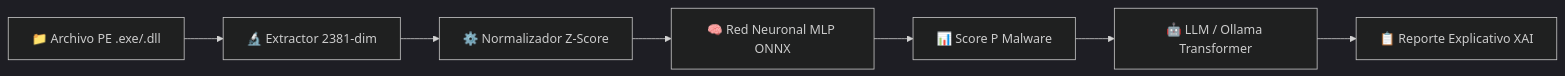
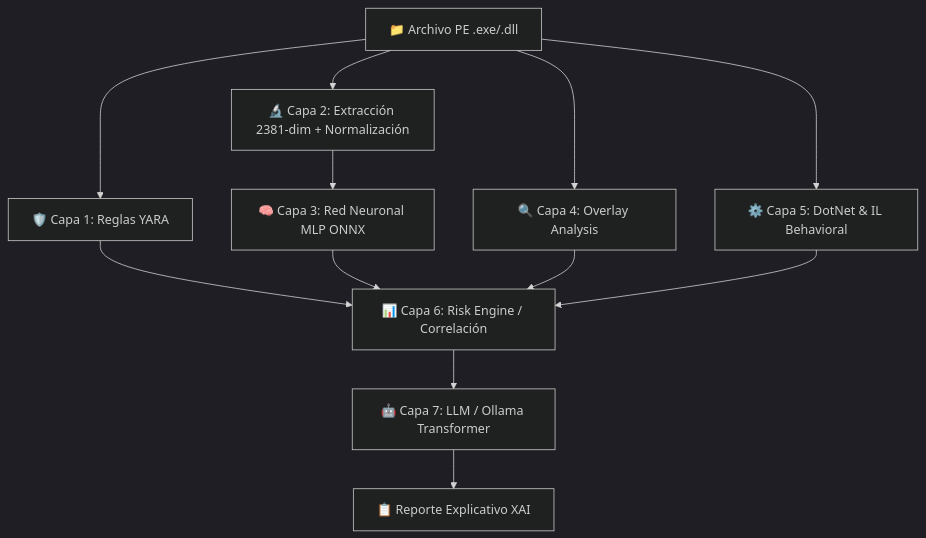
Before and after one commit to IVAINX18/Shadownet_Defender_Extractor_V1: the first of 2 diagrams in docs/ARQUITECTURA_DEEP_LEARNING.md, drawn with Mermaid (dark theme). The commit also changed other lines of this file, not shown here.

````diff
--- a/docs/ARQUITECTURA_DEEP_LEARNING.md
+++ b/docs/ARQUITECTURA_DEEP_LEARNING.md
@@ -13,9 +13,16 @@
 ```mermaid
-flowchart LR
-    A[📁 Archivo PE .exe/.dll] --> B[🔬 Extractor 2381-dim]
-    B --> C[⚙️ Normalizador Z-Score]
-    C --> D[🧠 Red Neuronal MLP ONNX]
-    D --> E[📊 Score P Malware]
-    E --> F[🤖 LLM / Ollama Transformer]
+flowchart TD
+    A[📁 Archivo PE .exe/.dll] --> B1[🛡️ Capa 1: Reglas YARA]
+    A --> B2[🔬 Capa 2: Extracción 2381-dim + Normalización]
+    B2 --> C2[🧠 Capa 3: Red Neuronal MLP ONNX]
+    A --> B3[🔍 Capa 4: Overlay Analysis]
+    A --> B4[⚙️ Capa 5: DotNet & IL Behavioral]
+    
+    B1 --> R[📊 Capa 6: Risk Engine / Correlación]
+    C2 --> R
+    B3 --> R
+    B4 --> R
+    
+    R --> F[🤖 Capa 7: LLM / Ollama Transformer]
     F --> G[📋 Reporte Explicativo XAI]
 ```
````
